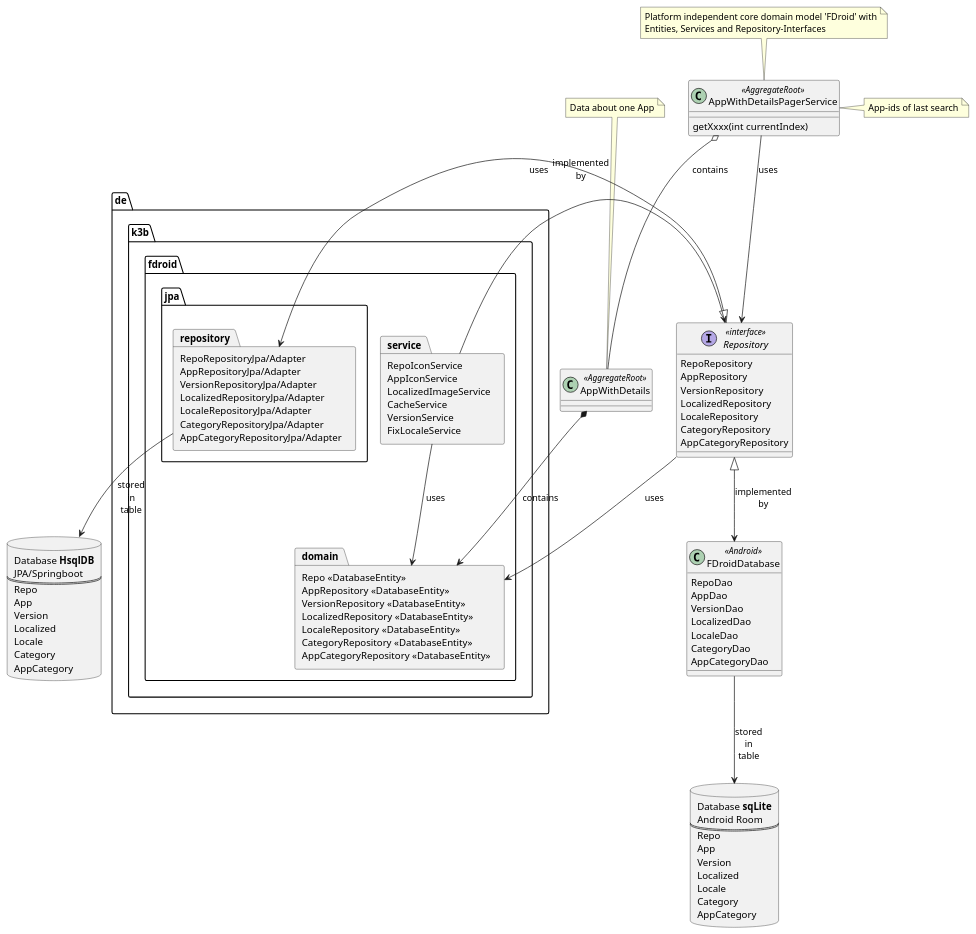
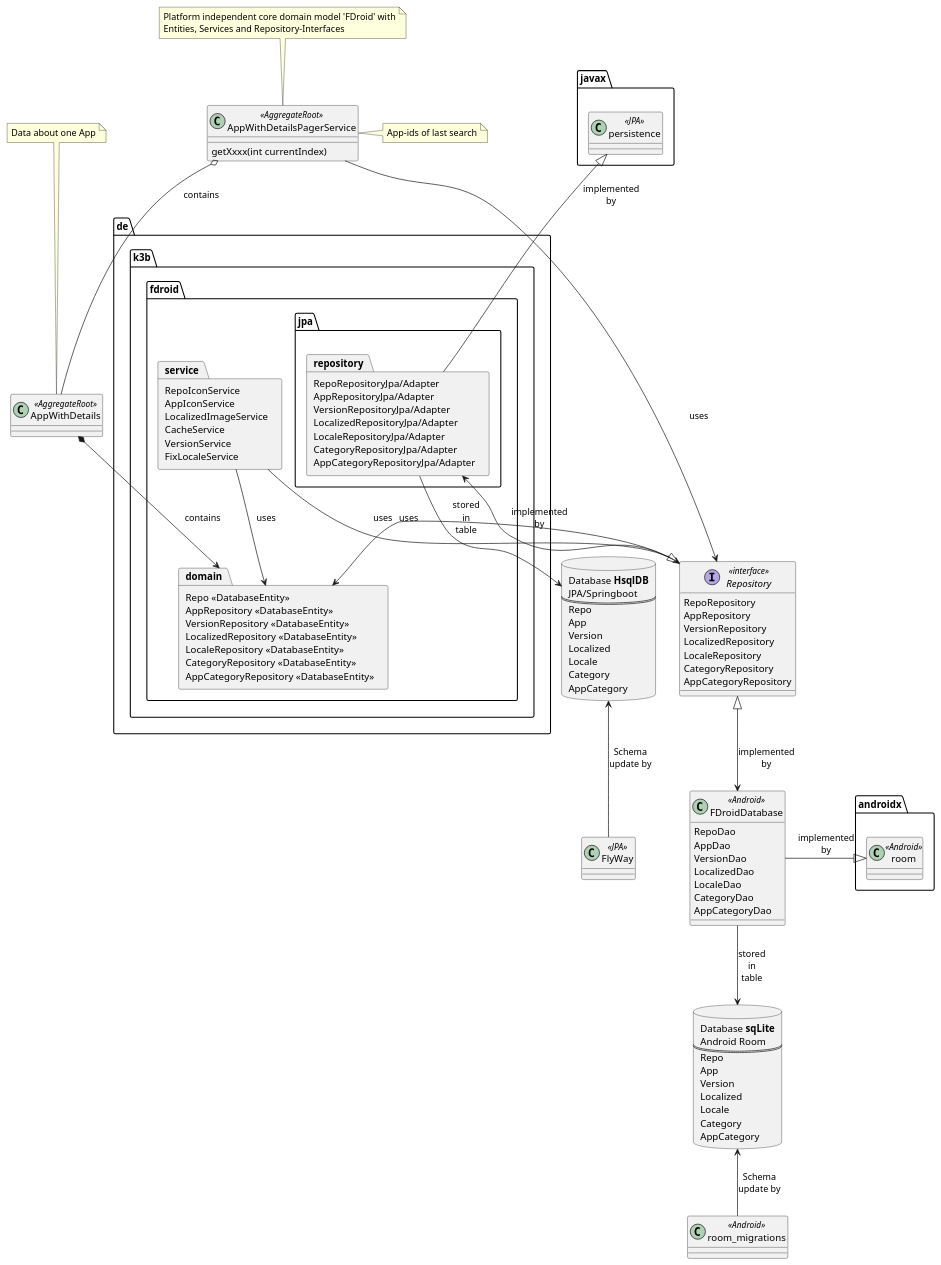
One commit to k3b/F-Droid-Universal-Catalog changed the diagram in app/fdroid-domain/model-architecture.puml. Above: the diagram before and after it, drawn with PlantUML. The commit also changed 7 other files, not shown here.

```diff
--- a/app/fdroid-domain/model-architecture.puml
+++ b/app/fdroid-domain/model-architecture.puml
@@ -1,107 +1,119 @@
 @startuml
 
 package de.k3b.fdroid.service [
   RepoIconService
   AppIconService
   LocalizedImageService
   CacheService
   VersionService
   FixLocaleService
 ]
 
 class AppWithDetailsPagerService <<AggregateRoot>> {
   getXxxx(int currentIndex)
 }
 class AppWithDetails <<AggregateRoot>>
 
 package de.k3b.fdroid.domain [
     Repo <<DatabaseEntity>>
     AppRepository <<DatabaseEntity>>
     VersionRepository <<DatabaseEntity>>
     LocalizedRepository <<DatabaseEntity>>
     LocaleRepository <<DatabaseEntity>>
     CategoryRepository <<DatabaseEntity>>
     AppCategoryRepository <<DatabaseEntity>>
 ]
 
 
 interface Repository <<interface>> {
     RepoRepository
     AppRepository
     VersionRepository
     LocalizedRepository
     LocaleRepository
     CategoryRepository
     AppCategoryRepository
 }
 
 class FDroidDatabase <<Android>> {
     RepoDao
     AppDao
     VersionDao
     LocalizedDao
     LocaleDao
     CategoryDao
     AppCategoryDao
 }
 
 database AndroidDB [
     Database <b>sqLite</b>
     Android Room
     ====
     Repo
     App
     Version
     Localized
     Locale
     Category
     AppCategory
 ]
 
 package de.k3b.fdroid.jpa.repository [
     RepoRepositoryJpa/Adapter
     AppRepositoryJpa/Adapter
     VersionRepositoryJpa/Adapter
     LocalizedRepositoryJpa/Adapter
     LocaleRepositoryJpa/Adapter
     CategoryRepositoryJpa/Adapter
     AppCategoryRepositoryJpa/Adapter
 ]
 database JpaDB [
     Database <b>HsqlDB</b>
     JPA/Springboot
     ====
     Repo
     App
     Version
     Localized
     Locale
     Category
     AppCategory
 ]
 
 note "Platform independent core domain model 'FDroid' with\nEntities, Services and Repository-Interfaces" as caption
 note "App-ids of last search" as noteAppWithDetailsPagerService
 note "Data about one App" as noteAppWithDetails
 
 
 caption --> AppWithDetailsPagerService
 AppWithDetailsPagerService <- noteAppWithDetailsPagerService
 noteAppWithDetails --> AppWithDetails
 de.k3b.fdroid.service --> Repository : uses
 de.k3b.fdroid.service --> de.k3b.fdroid.domain : uses
 Repository -> de.k3b.fdroid.domain : uses
 
 Repository <|--> FDroidDatabase : implemented\nby
 FDroidDatabase --> AndroidDB : stored\nin\ntable
 
+class androidx.room<<Android>>
+androidx.room <|- FDroidDatabase : implemented\nby
+
+class room_migrations<<Android>>
+AndroidDB <-- room_migrations : Schema\nupdate by
+
 Repository <|--> de.k3b.fdroid.jpa.repository : implemented\nby
 de.k3b.fdroid.jpa.repository --> JpaDB : stored\nin\ntable
+
+class FlyWay<<JPA>>
+JpaDB <-- FlyWay : Schema\nupdate by
+
+class javax.persistence <<JPA>>
+javax.persistence <|-- de.k3b.fdroid.jpa.repository : implemented\nby
 
 AppWithDetailsPagerService o-- AppWithDetails : contains
 AppWithDetails *--> de.k3b.fdroid.domain : contains
 
 AppWithDetailsPagerService --> Repository : uses
 
 
 @enduml
```
